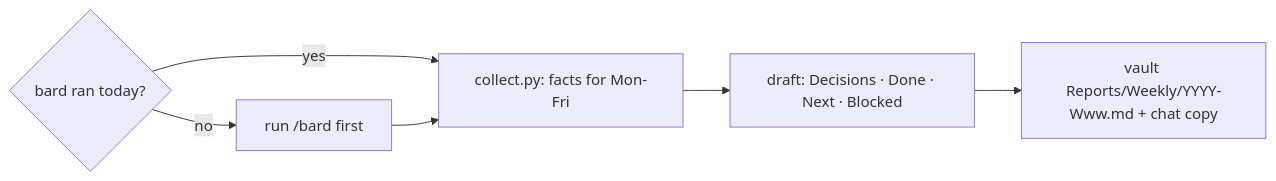
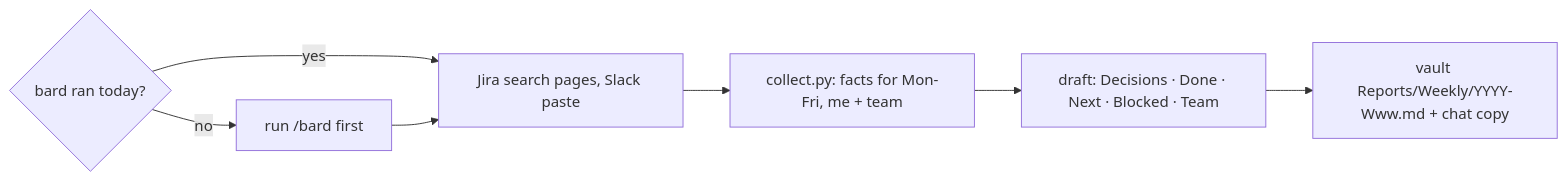
The diagram in weekly-report/SKILL.md (acastro2/alex-skills), drawn with Mermaid before and after one commit. The commit also changed other lines of this file and 7 other files, not shown here.

````diff
--- a/weekly-report/SKILL.md
+++ b/weekly-report/SKILL.md
@@ -30,8 +36,9 @@
 ```mermaid
 graph LR
   F{bard ran today?} -->|no| B[run /bard first]
-  F -->|yes| C
-  B --> C[collect.py: facts for Mon-Fri]
-  C --> D[draft: Decisions · Done · Next · Blocked]
+  F -->|yes| J
+  B --> J[Jira search pages, Slack paste]
+  J --> C[collect.py: facts for Mon-Fri, me + team]
+  C --> D[draft: Decisions · Done · Next · Blocked · Team]
   D --> E[vault Reports/Weekly/YYYY-Www.md + chat copy]
 ```
````
